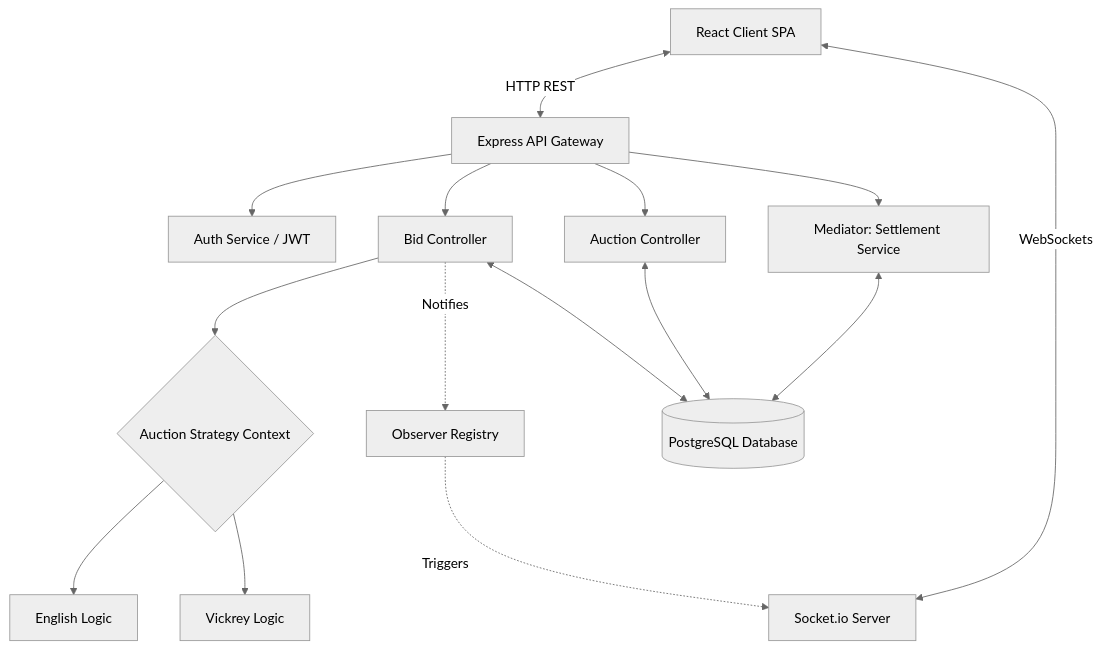
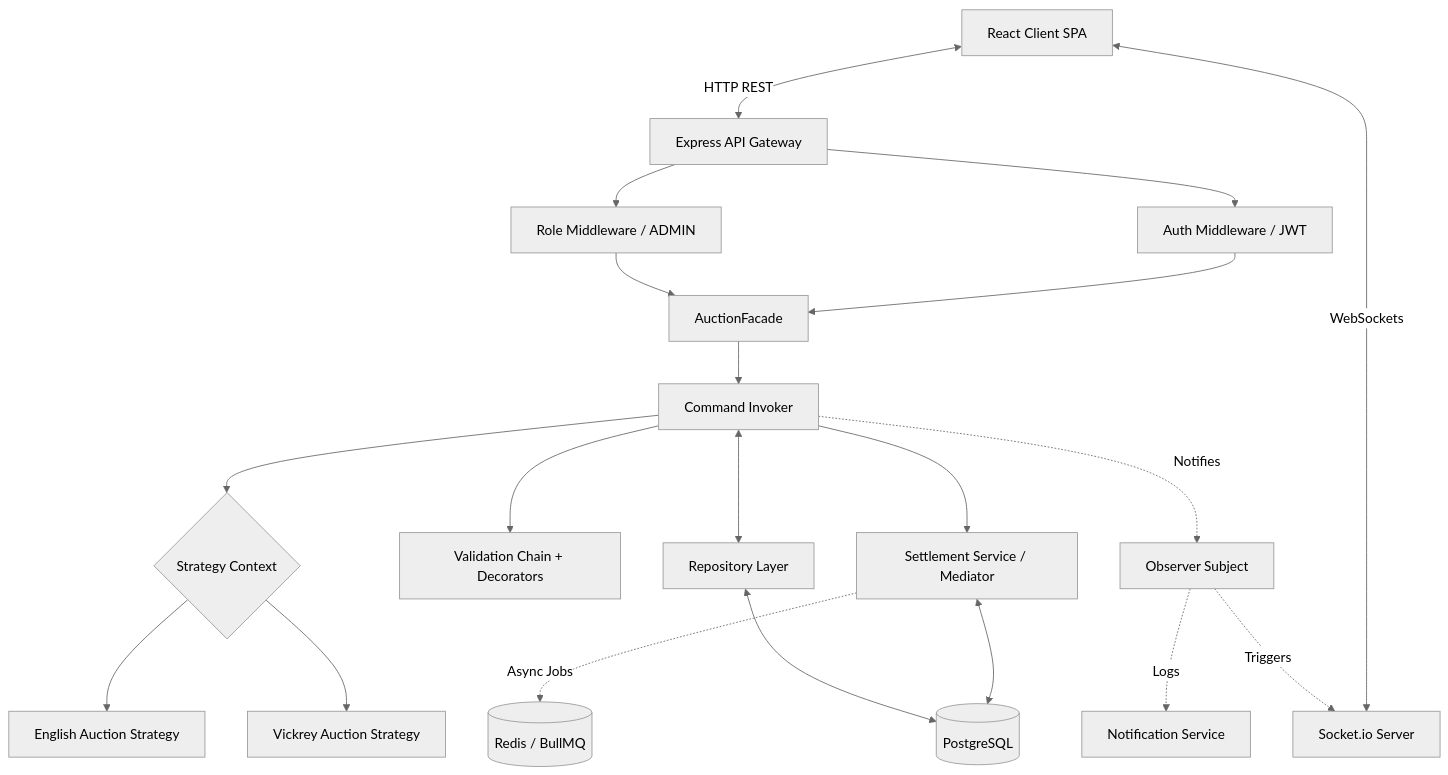
One commit to hetvi3012/Auction changed the first of 5 diagrams in system_design_document.md. Above: the diagram before and after it, drawn with Mermaid (neutral theme). The commit also changed other lines of this file and 8 other files, not shown here.

Commit message:
Add Docker setup, ARCHITECTURE.md, and update all docs

````diff
--- a/system_design_document.md
+++ b/system_design_document.md
@@ -28,21 +43,28 @@
 ```mermaid
 graph TD
     Client[React Client SPA] <-->|HTTP REST| API[Express API Gateway]
     Client <-->|WebSockets| WSS[Socket.io Server]
     
-    API --> Auth[Auth Service / JWT]
-    API --> AuctionCtrl[Auction Controller]
-    API --> BidCtrl[Bid Controller]
+    API --> Auth[Auth Middleware / JWT]
+    API --> RBAC[Role Middleware / ADMIN]
+    Auth --> Facade[AuctionFacade]
+    RBAC --> Facade
     
-    BidCtrl --> Strategy{Auction Strategy Context}
-    Strategy --> English[English Logic]
-    Strategy --> Vickrey[Vickrey Logic]
+    Facade --> Commands[Command Invoker]
+    Commands --> Strategy{Strategy Context}
+    Strategy --> English[English Auction Strategy]
+    Strategy --> Vickrey[Vickrey Auction Strategy]
     
-    BidCtrl -.->|Notifies| Observer[Observer Registry]
+    Commands --> Validators[Validation Chain + Decorators]
+    Commands --> Settlement[Settlement Service / Mediator]
+    
+    Commands -.->|Notifies| Observer[Observer Subject]
     Observer -.->|Triggers| WSS
+    Observer -.->|Logs| Notify[Notification Service]
     
-    API --> Med[Mediator: Settlement Service]
-    Med <--> DB[(PostgreSQL Database)]
-    AuctionCtrl <--> DB
-    BidCtrl <--> DB
+    Settlement <--> DB[(PostgreSQL)]
+    Commands <--> Repos[Repository Layer]
+    Repos <--> DB
+    
+    Settlement -.->|Async Jobs| Redis[(Redis / BullMQ)]
 ```
````
